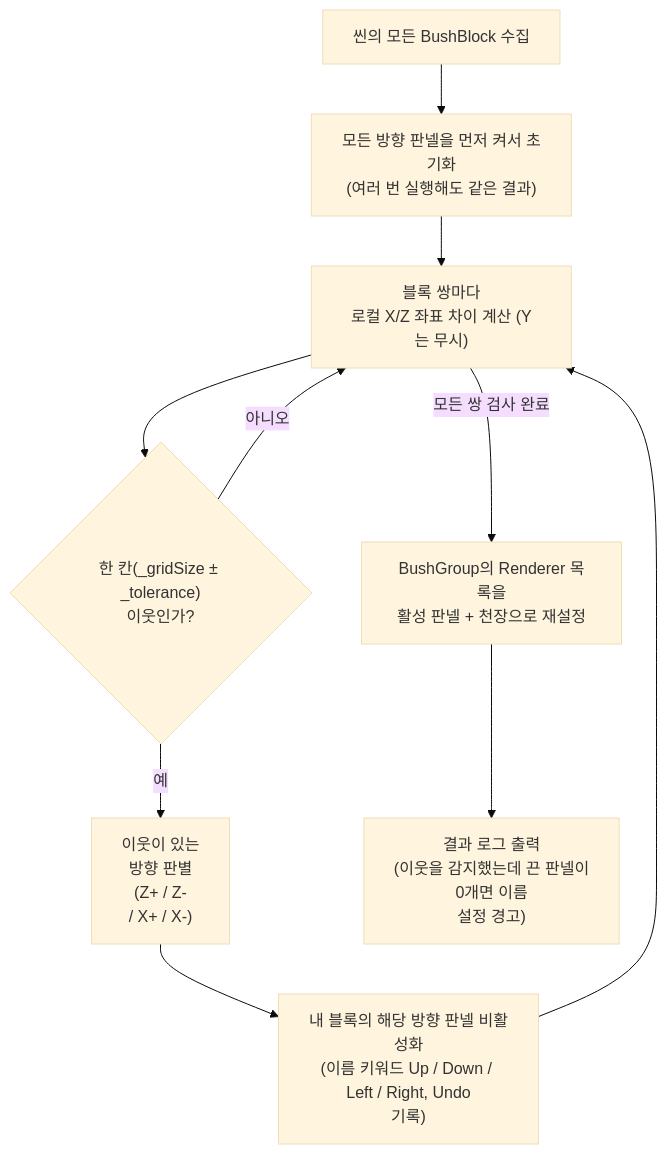
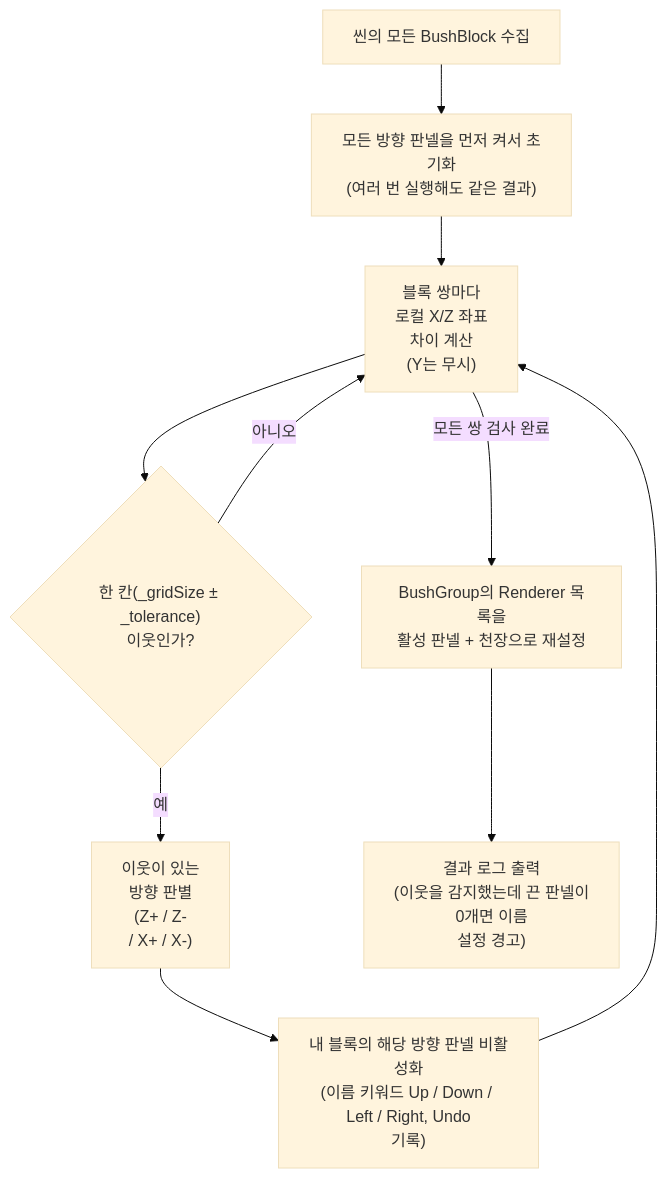
Before and after one commit to gesua/PanzerCity_scripts: the eighth of 9 diagrams in README.md, drawn with Mermaid (base theme). The commit also changed other lines of this file, not shown here.

````diff
--- a/README.md
+++ b/README.md
@@ -526,12 +526,12 @@
 ```mermaid
 flowchart TD
     A["씬의 모든 BushBlock 수집"] --> B["모든 방향 판넬을 먼저 켜서 초기화<br>(여러 번 실행해도 같은 결과)"]
-    B --> C["블록 쌍마다<br>로컬 X/Z 좌표 차이 계산 (Y는 무시)"]
+    B --> C["블록 쌍마다<br>로컬 X/Z 좌표<br>차이 계산<br>(Y는 무시)"]
     C --> D{"한 칸(_gridSize ± _tolerance)<br>이웃인가?"}
     D -- 아니오 --> C
     D -- 예 --> E["이웃이 있는<br>방향 판별<br>(Z+ / Z-<br>/ X+ / X-)"]
     E --> F["내 블록의 해당 방향 판넬 비활성화<br>(이름 키워드 Up / Down / Left / Right, Undo<br>기록)"]
     F --> C
     C -- 모든 쌍 검사 완료 --> G["BushGroup의 Renderer 목록을<br>활성 판넬 + 천장으로 재설정"]
     G --> H["결과 로그 출력<br>(이웃을 감지했는데 끈 판넬이<br>0개면 이름<br>설정 경고)"]
 ```
````
